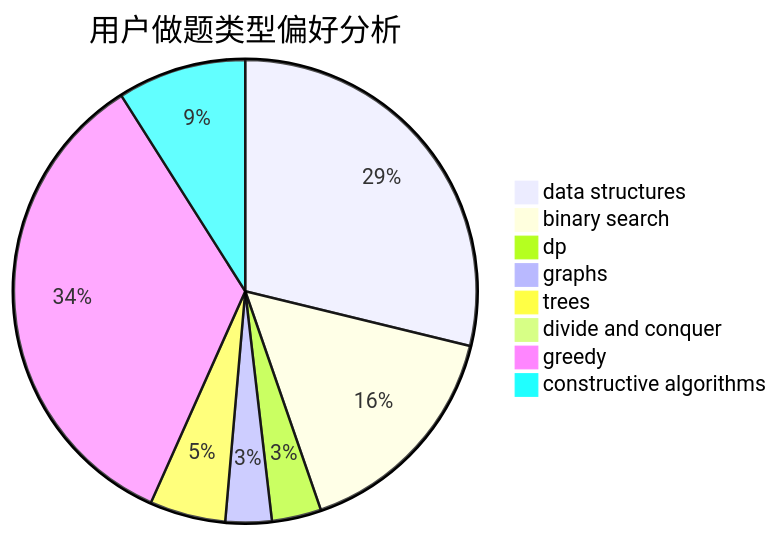
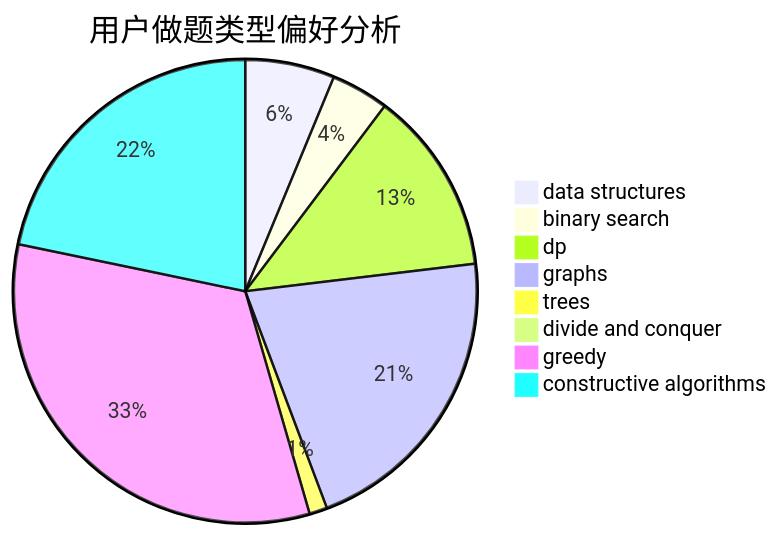
Before and after one commit to sherpahu/cfrs.github.io: the second of 3 diagrams in docs/user/u2448.md, drawn with Mermaid. The commit also changed other lines of this file and 2770 other files, not shown here.

````diff
--- a/docs/user/u2448.md
+++ b/docs/user/u2448.md
@@ -23,11 +23,11 @@
 ```mermaid
 pie title 用户做题类型偏好分析
-    "data structures" :  125
-    "binary search" :  69
-    "dp" :  15
-    "graphs" :  14
-    "trees" :  23
+    "data structures" :  110
+    "binary search" :  71
+    "dp" :  226
+    "graphs" :  373
+    "trees" :  22
     "divide and conquer" :  0
-    "greedy" :  149
-    "constructive algorithms" :  39
+    "greedy" :  577
+    "constructive algorithms" :  383
 ```
````
